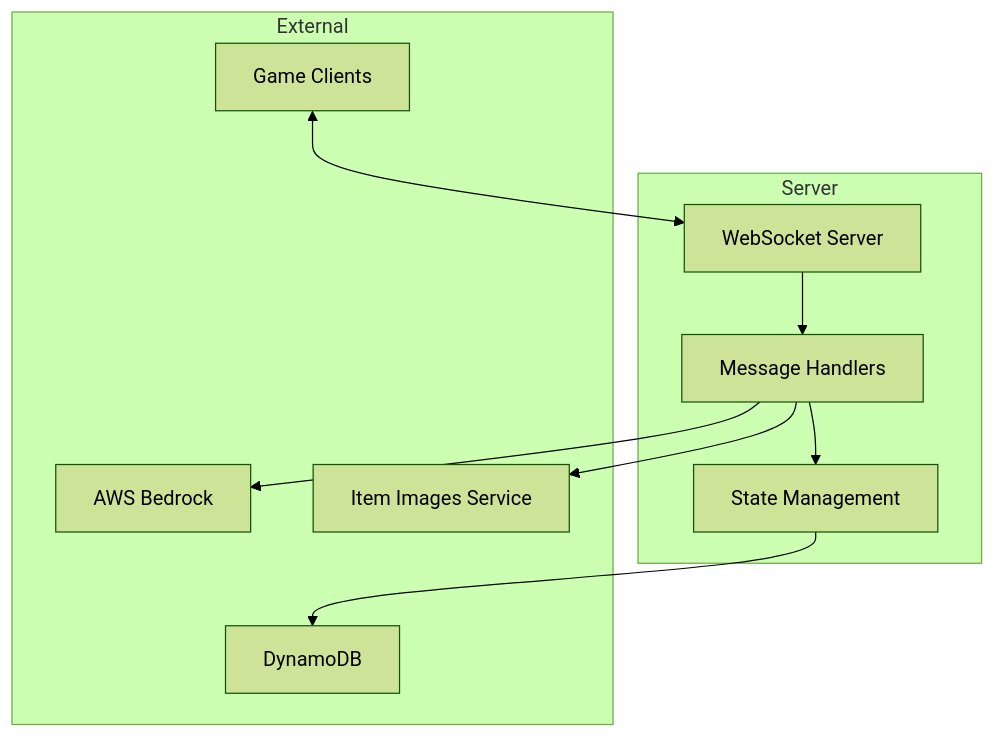
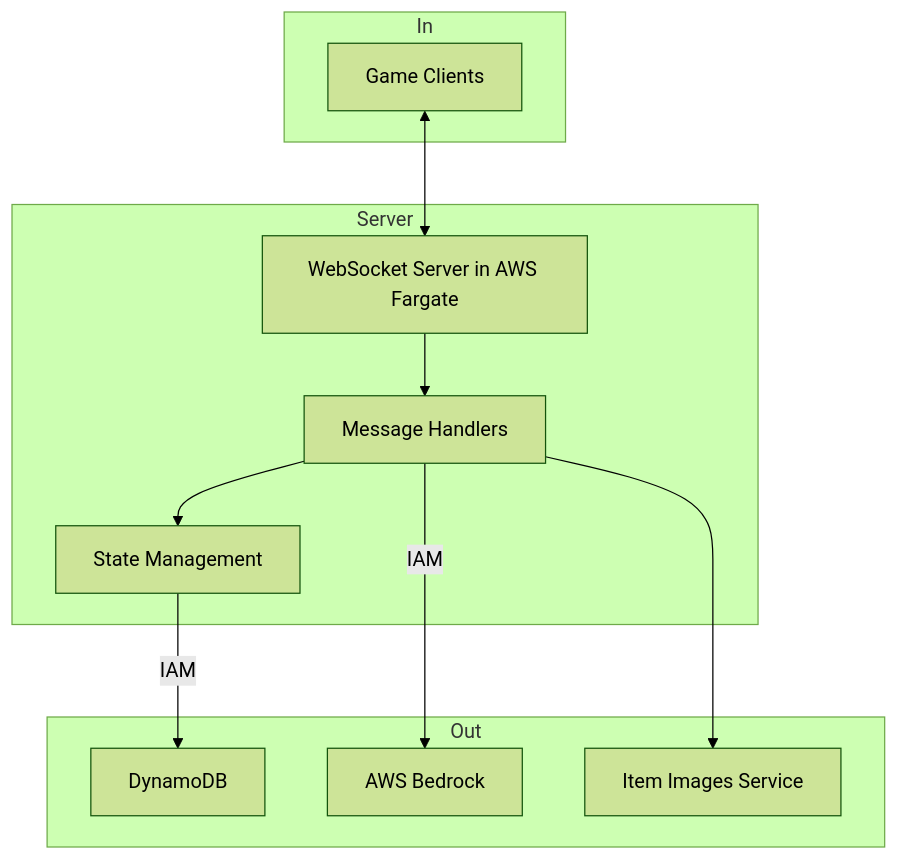
One commit to kirodotdev/spirit-of-kiro changed the third of 4 diagrams in docs/appsec-overview.md. Above: the diagram before and after it, drawn with Mermaid (forest theme). The commit also changed other lines of this file and 7 other files, not shown here.

````diff
--- a/docs/appsec-overview.md
+++ b/docs/appsec-overview.md
@@ -54,22 +70,25 @@
 ```mermaid
 graph TB
     subgraph Server
-        WS[WebSocket Server]
+        WS[WebSocket Server in AWS Fargate]
         Handlers[Message Handlers]
         State[State Management]
     end
 
-    subgraph External
+    subgraph In
         Client[Game Clients]
+    end
+
+    subgraph Out
         DB[DynamoDB]
         Bedrock[AWS Bedrock]
         Images[Item Images Service]
     end
 
     Client <--> WS
     WS --> Handlers
     Handlers --> State
-    State --> DB
-    Handlers --> Bedrock
-    Handlers --> Images
+    State -->|IAM|DB
+    Handlers -->|IAM|Bedrock
+    Handlers -->Images
 ```
````
